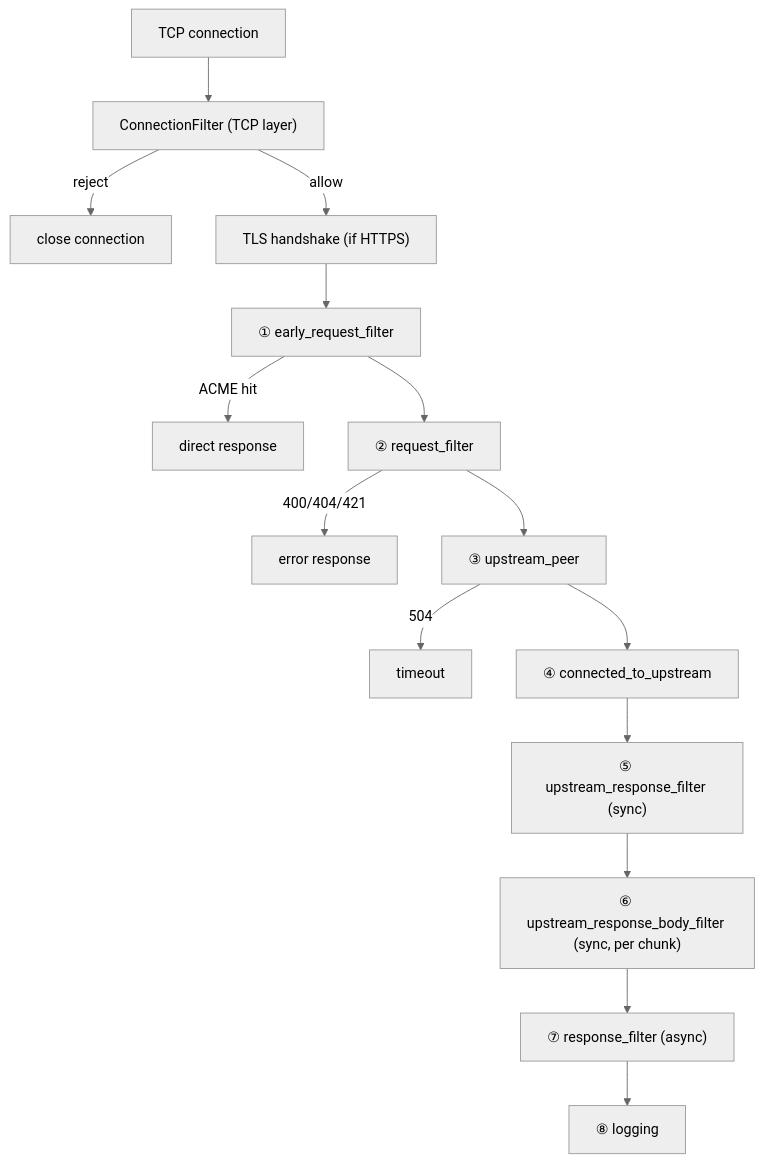
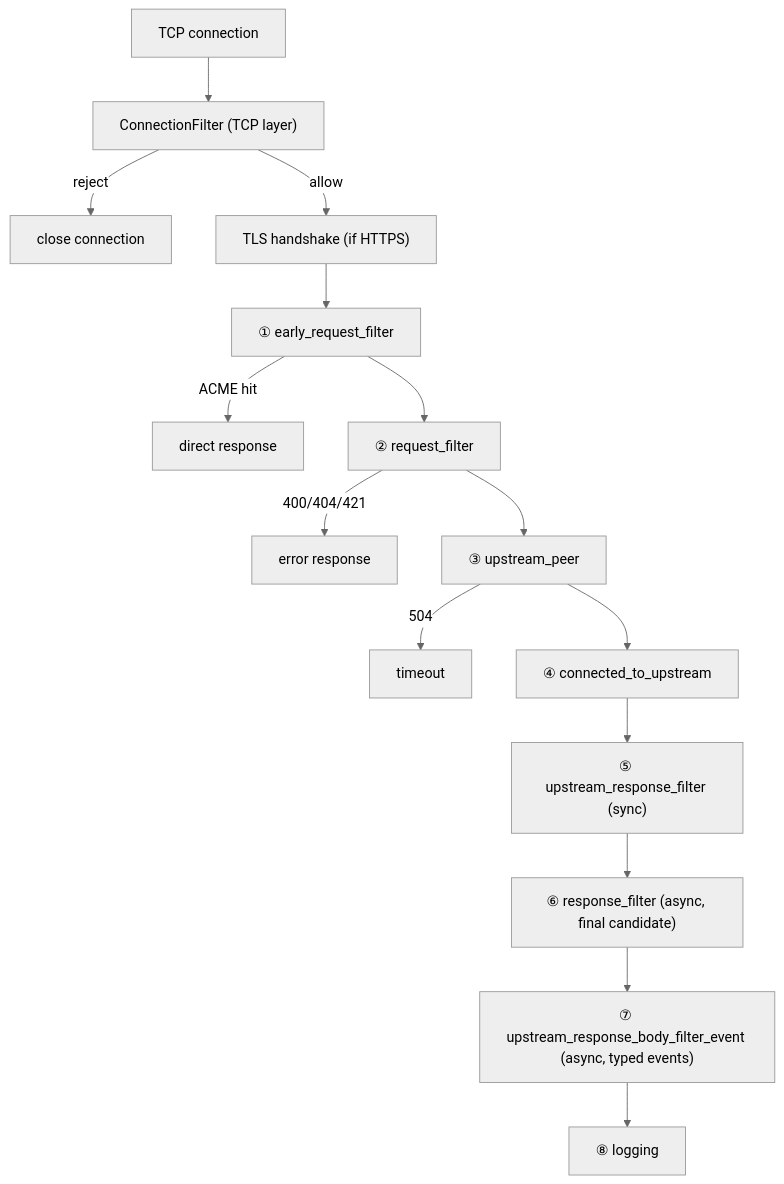
The diagram in skills/01-architecture/02-gateway/02-pingora-lifecycle.md (Pandaala/Edgion), drawn with Mermaid (neutral theme) before and after one commit. The commit also changed other lines of this file and 28 other files, not shown here.

````diff
--- a/skills/01-architecture/02-gateway/02-pingora-lifecycle.md
+++ b/skills/01-architecture/02-gateway/02-pingora-lifecycle.md
@@ -12,17 +12,17 @@
 ```mermaid
 flowchart TD
     TCP["TCP connection"] --> CF["ConnectionFilter (TCP layer)"]
     CF -->|"reject"| CLOSE["close connection"]
     CF -->|"allow"| TLS["TLS handshake (if HTTPS)"]
     TLS --> S1["① early_request_filter"]
     S1 -->|"ACME hit"| ACME["direct response"]
     S1 --> S2["② request_filter"]
     S2 -->|"400/404/421"| ERR["error response"]
     S2 --> S3["③ upstream_peer"]
     S3 -->|"504"| TIMEOUT["timeout"]
     S3 --> S4["④ connected_to_upstream"]
     S4 --> S5["⑤ upstream_response_filter (sync)"]
-    S5 --> S6["⑥ upstream_response_body_filter (sync, per chunk)"]
-    S6 --> S7["⑦ response_filter (async)"]
+    S5 --> S6["⑥ response_filter (async, final candidate)"]
+    S6 --> S7["⑦ upstream_response_body_filter_event (async, typed events)"]
     S7 --> S8["⑧ logging"]
 ```
````
